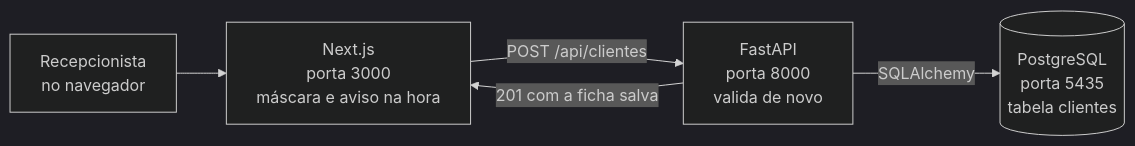
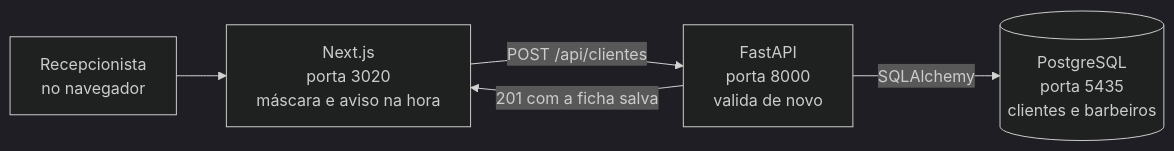
The first of 2 diagrams in README.md (Matheus-Rodriguez963/Projeto-Barbearia-Impacta), drawn with Mermaid (dark theme) before and after one commit. The commit also changed other lines of this file, not shown here.

````diff
--- a/README.md
+++ b/README.md
@@ -109,7 +167,7 @@
 ```mermaid
 flowchart LR
-    U["Recepcionista<br/>no navegador"] --> F["Next.js<br/>porta 3000<br/>máscara e aviso na hora"]
+    U["Recepcionista<br/>no navegador"] --> F["Next.js<br/>porta 3020<br/>máscara e aviso na hora"]
     F -->|"POST /api/clientes"| A["FastAPI<br/>porta 8000<br/>valida de novo"]
-    A -->|"SQLAlchemy"| B[("PostgreSQL<br/>porta 5435<br/>tabela clientes")]
+    A -->|"SQLAlchemy"| B[("PostgreSQL<br/>porta 5435<br/>clientes e barbeiros")]
     A -->|"201 com a ficha salva"| F
 ```
````
